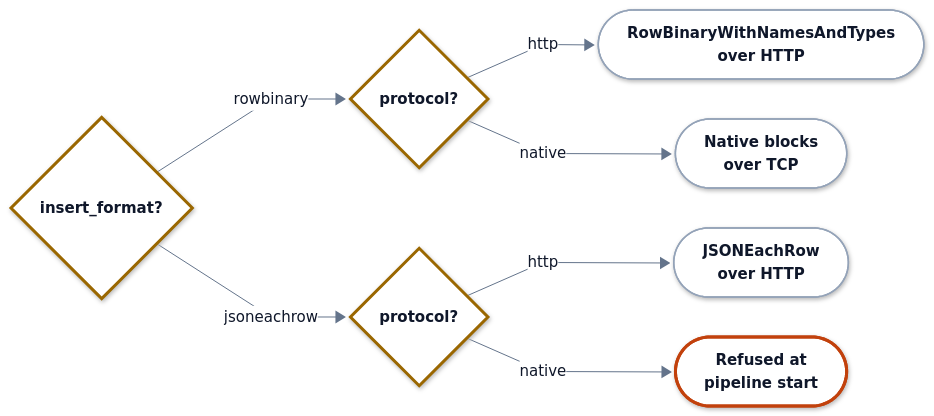
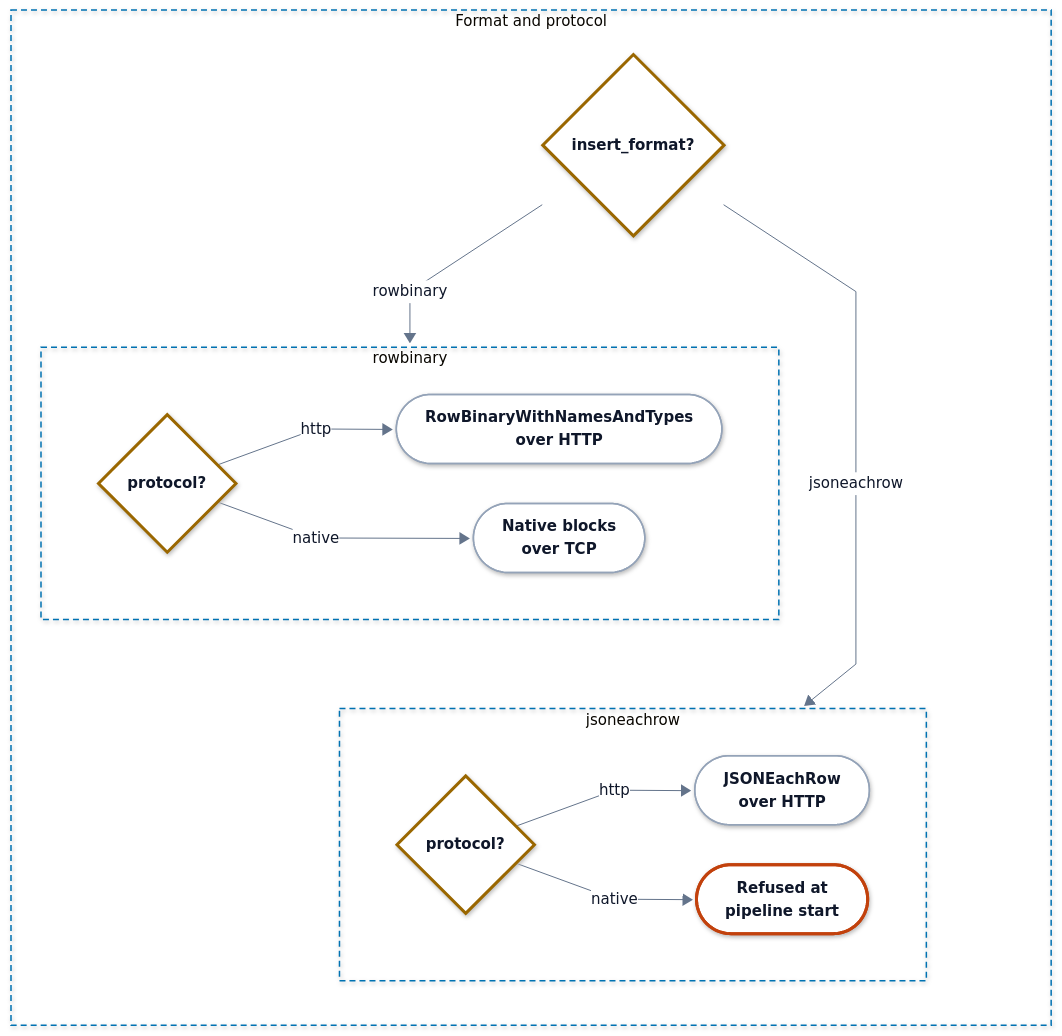
Before and after one commit to hyperi-io/dfe-loader: the diagram in docs/clickhouse/insert-formats.md, drawn with Mermaid. The commit also changed 19 other files, not shown here.

First line of the commit message:
docs(architecture): bring the loader pages to the architecture standard

````diff
--- a/docs/clickhouse/insert-formats.md
+++ b/docs/clickhouse/insert-formats.md
@@ -60,24 +60,39 @@
     .ui .label-icon{color:#D9480F}
     .ext .label-icon{color:#64748B}
 ---
-flowchart LR
+flowchart TB
     accTitle: L4 Detail -- Insert format and protocol
     accDescr: A rowbinary insert goes as RowBinaryWithNamesAndTypes over HTTP or as Native blocks over the native protocol. A jsoneachrow insert goes as JSONEachRow over HTTP, and the pipeline refuses it at start over native.
 
-    format{"<b>insert_format?</b>"}
-    binproto{"<b>protocol?</b>"}
-    jsonproto{"<b>protocol?</b>"}
-    rowbinary(["<b>RowBinaryWithNamesAndTypes<br/>over HTTP</b>"])
-    native(["<b>Native blocks<br/>over TCP</b>"])
-    jsonrows(["<b>JSONEachRow<br/>over HTTP</b>"])
-    refused(["<b>Refused at<br/>pipeline start</b>"])
-
-    format -->|rowbinary| binproto
-    format -->|jsoneachrow| jsonproto
-    binproto -->|http| rowbinary
-    binproto -->|native| native
-    jsonproto -->|http| jsonrows
-    jsonproto -->|native| refused
+    subgraph choice["Format and protocol"]
+        direction TB
+        format{"<b>insert_format?</b>"}
+        subgraph RB["rowbinary"]
+            direction LR
+            binproto{"<b>protocol?</b>"}
+            rowbinary(["<b>RowBinaryWithNamesAndTypes<br/>over HTTP</b>"])
+            native(["<b>Native blocks<br/>over TCP</b>"])
+            binproto -->|http| rowbinary
+            binproto -->|native| native
+        end
+        subgraph JE["jsoneachrow"]
+            direction LR
+            jsonproto{"<b>protocol?</b>"}
+            jsonrows(["<b>JSONEachRow<br/>over HTTP</b>"])
+            refused(["<b>Refused at<br/>pipeline start</b>"])
+            jsonproto -->|http| jsonrows
+            jsonproto -->|native| refused
+        end
+        format -->|rowbinary| RB
+        RB ~~~ JE
+        format -->|jsoneachrow| JE
+    end
+  class format,binproto,jsonproto decision
+  class rowbinary,native,jsonrows part
+  class refused error
+  class format,binproto,jsonproto decision
+  class rowbinary,native,jsonrows part
+  class refused error
   classDef ext fill:#F4F6F8,stroke:#94A3B8,stroke-width:1.5px,stroke-dasharray:5 4,color:#0F172A
   classDef ingest fill:#FFFFFF,stroke:#0E8A7D,stroke-width:3px,color:#0F172A
   classDef xform fill:#FFFFFF,stroke:#7B4FB0,stroke-width:3px,color:#0F172A
@@ -89,7 +104,7 @@
   classDef error fill:#FFFFFF,stroke:#C2410C,stroke-width:3px,color:#0F172A
   classDef control fill:#FFFFFF,stroke:#334155,stroke-width:3px,color:#0F172A
   classDef part fill:#FFFFFF,stroke:#94A3B8,stroke-width:1.5px,color:#0F172A
-  class format,binproto,jsonproto decision
-  class rowbinary,native,jsonrows part
-  class refused error
+  style choice fill:none,stroke:#0072B2,stroke-width:1.5px,stroke-dasharray:6 4
+  style RB fill:none,stroke:#0072B2,stroke-width:1.5px,stroke-dasharray:6 4
+  style JE fill:none,stroke:#0072B2,stroke-width:1.5px,stroke-dasharray:6 4
 ```
````
